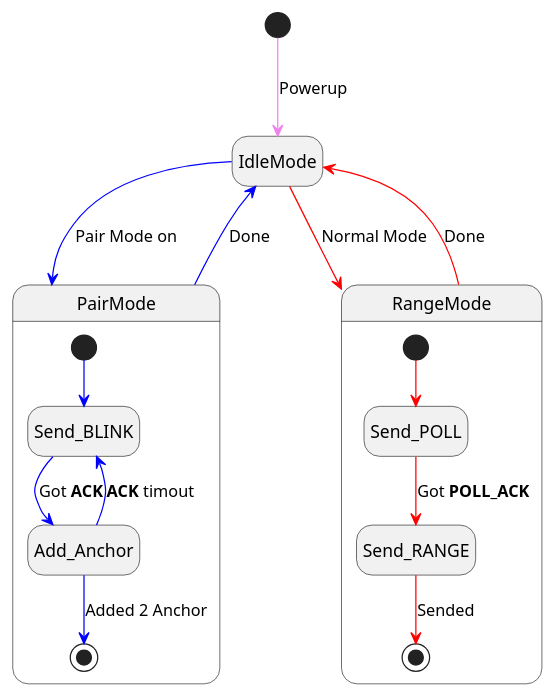
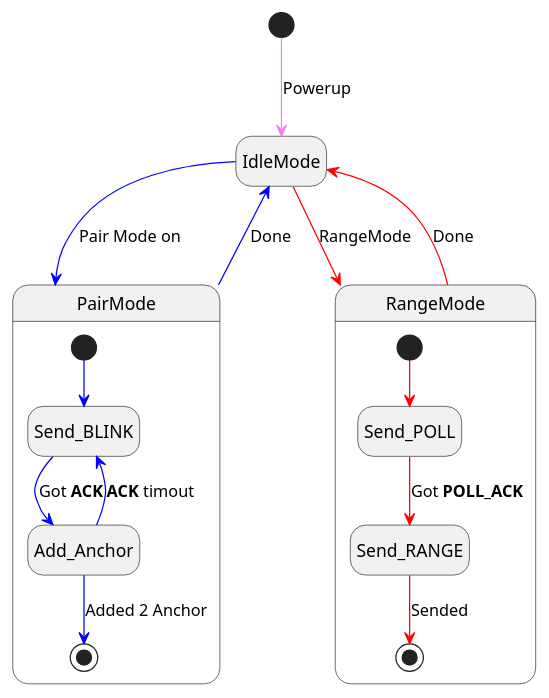
Before and after one commit to eastWillow/arduino-dw1000: the third of 4 diagrams in doc/UD_ranging.md, drawn with PlantUML. The commit also changed 3 other files, not shown here.

````diff
--- a/doc/UD_ranging.md
+++ b/doc/UD_ranging.md
@@ -41,21 +41,21 @@
 ```plantuml
 @startuml
 hide empty description
 [*] --[#violet]> IdleMode : Powerup
 IdleMode --[#blue]>  PairMode : Pair Mode on
 state PairMode{
     [*] --[#blue]> Send_BLINK
     Send_BLINK --[#blue]> Add_Anchor : Got **ACK**
     Add_Anchor --[#blue]> Send_BLINK : **ACK** timout
     Add_Anchor --[#blue]> [*]  : Added 2 Anchor
 }
 PairMode --[#blue]> IdleMode : Done
-IdleMode --[#red]>  RangeMode : Normal Mode
+IdleMode --[#red]>  RangeMode : RangeMode
 state RangeMode{
     [*] --[#red]> Send_POLL
     Send_POLL --[#red]> Send_RANGE : Got **POLL_ACK**
     Send_RANGE --[#red]> [*]  : Sended
 }
 RangeMode --[#red]> IdleMode : Done
 @enduml
 ```
````
